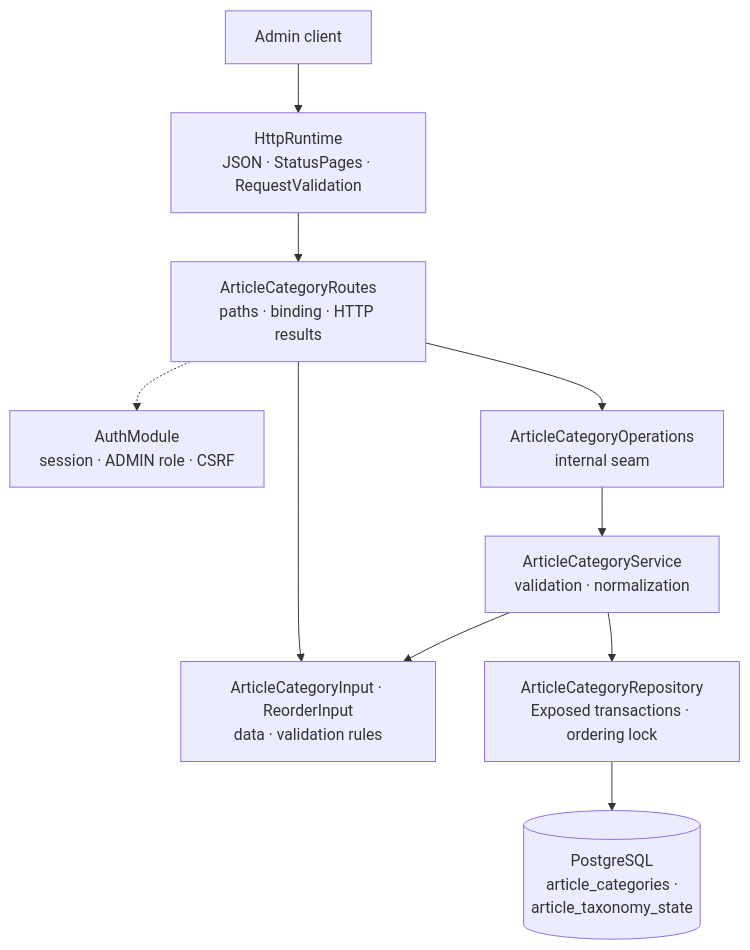
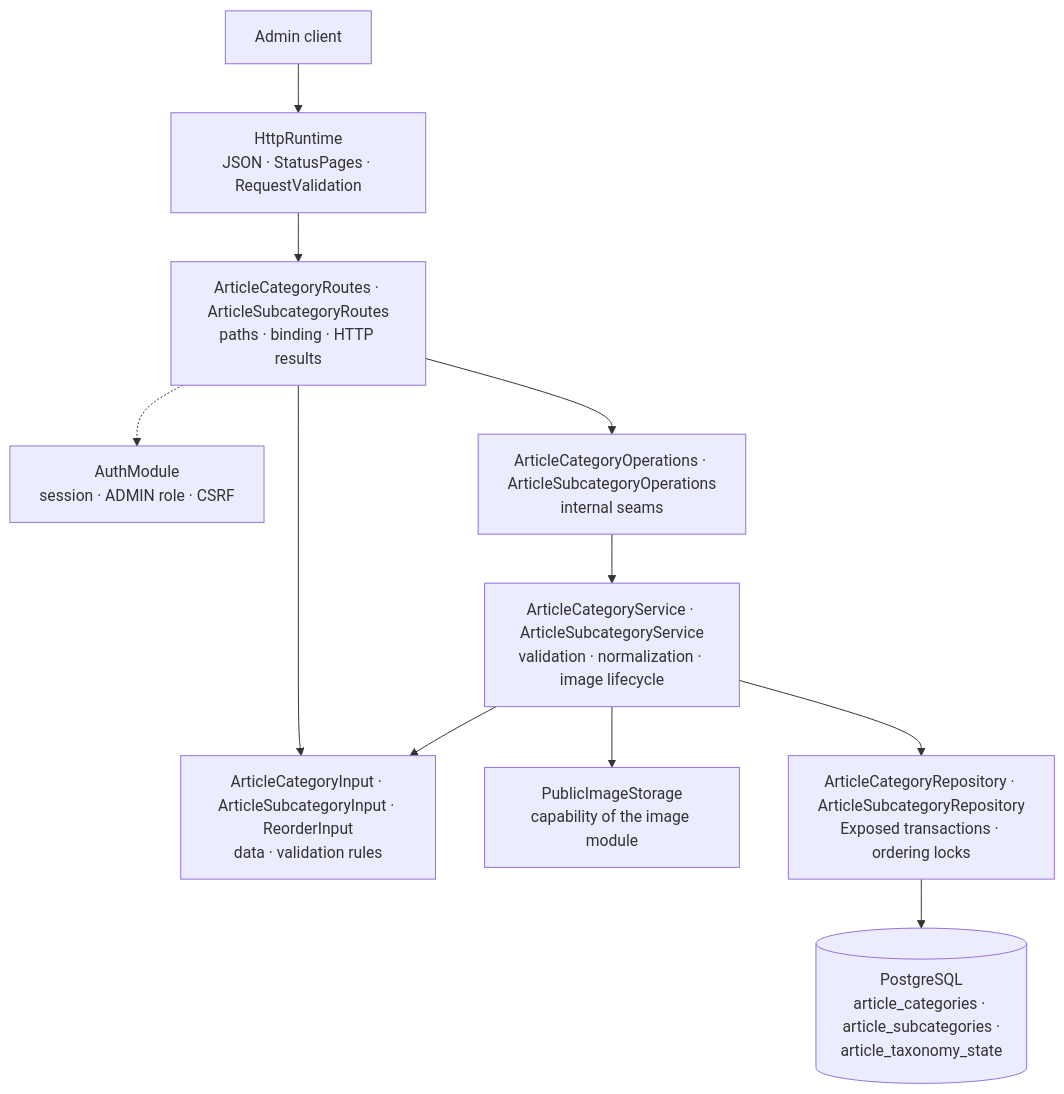
The diagram in docs/dev/backend/article-package.md (bitstorm-tech/voenix-shop-kotlin), drawn with Mermaid before and after one commit. The commit also changed other lines of this file and 28 other files, not shown here.

Commit message:
Article migration T4: subcategory slice with example-image pre-upload (#17)

````diff
--- a/docs/dev/backend/article-package.md
+++ b/docs/dev/backend/article-package.md
@@ -28,21 +31,23 @@
 ```mermaid
 flowchart TB
     Client["Admin client"]
     Http["HttpRuntime<br/>JSON · StatusPages · RequestValidation"]
     Auth["AuthModule<br/>session · ADMIN role · CSRF"]
-    Routes["ArticleCategoryRoutes<br/>paths · binding · HTTP results"]
-    Input["ArticleCategoryInput · ReorderInput<br/>data · validation rules"]
-    Operations["ArticleCategoryOperations<br/>internal seam"]
-    Service["ArticleCategoryService<br/>validation · normalization"]
-    Repository["ArticleCategoryRepository<br/>Exposed transactions · ordering lock"]
-    Database[("PostgreSQL<br/>article_categories ·<br/>article_taxonomy_state")]
+    Routes["ArticleCategoryRoutes · ArticleSubcategoryRoutes<br/>paths · binding · HTTP results"]
+    Input["ArticleCategoryInput · ArticleSubcategoryInput · ReorderInput<br/>data · validation rules"]
+    Operations["ArticleCategoryOperations · ArticleSubcategoryOperations<br/>internal seams"]
+    Service["ArticleCategoryService · ArticleSubcategoryService<br/>validation · normalization · image lifecycle"]
+    Images["PublicImageStorage<br/>capability of the image module"]
+    Repository["ArticleCategoryRepository · ArticleSubcategoryRepository<br/>Exposed transactions · ordering locks"]
+    Database[("PostgreSQL<br/>article_categories · article_subcategories ·<br/>article_taxonomy_state")]
 
     Client --> Http --> Routes
     Routes -.-> Auth
     Routes --> Input
     Routes --> Operations
     Operations --> Service
     Service --> Input
+    Service --> Images
     Service --> Repository
     Repository --> Database
 ```
````
